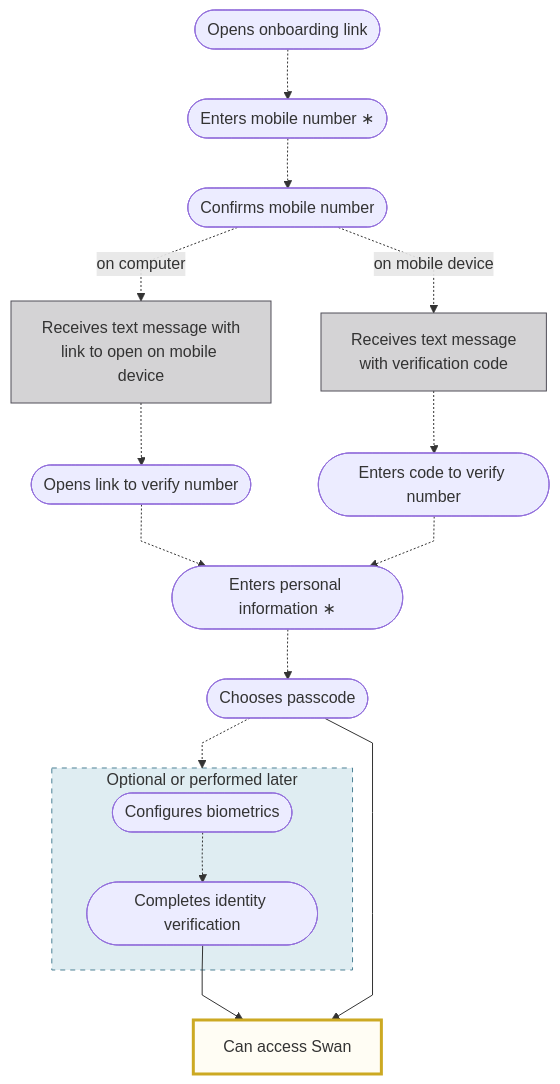
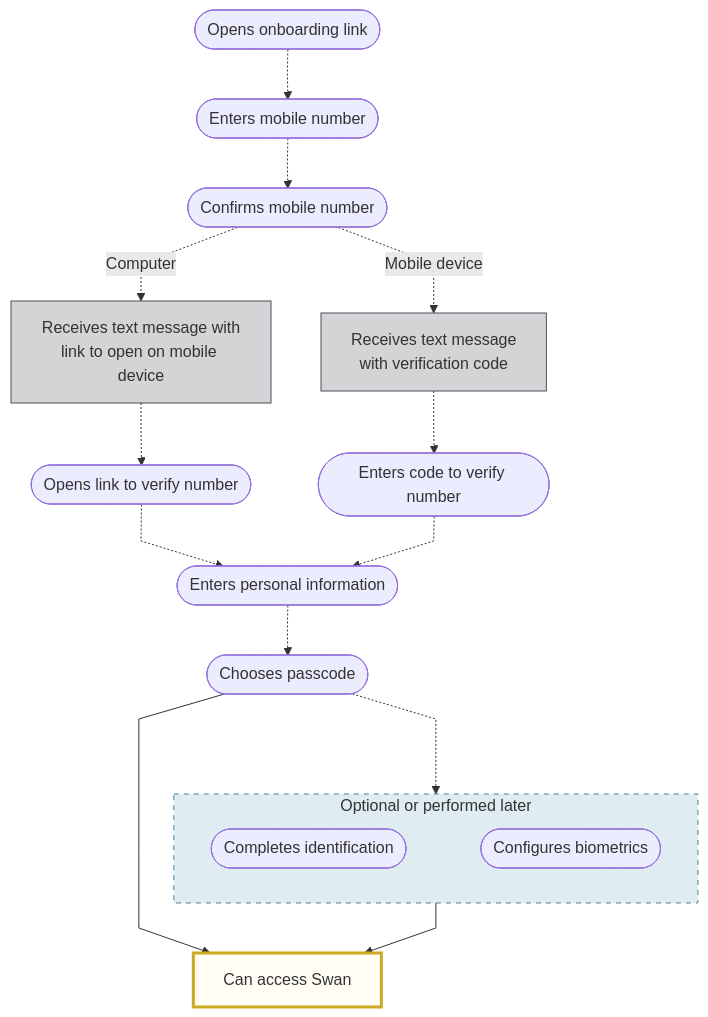
The diagram in docs/topics/users/index.mdx (swan-io/docs), drawn with Mermaid before and after one commit. The commit also changed other lines of this file and 21 other files, not shown here.

````diff
--- a/docs/topics/users/index.mdx
+++ b/docs/topics/users/index.mdx
@@ -53,26 +45,24 @@
 ```mermaid
 %%{ init: { 'flowchart': { 'curve': 'linear' } } }%%
 flowchart TB
-    OOL([Opens onboarding link]) -.-> M([Enters mobile number ∗])
+    OOL([Opens onboarding link]) -.-> M([Enters mobile number])
     M -.-> C([Confirms mobile number])
-    C -.on computer.-> CO[Receives text message with<br />link to open on mobile device]
-    C -.on mobile device.-> MD[Receives text message<br />with verification code]
+    C -.Computer.-> CO[Receives text message with<br />link to open on mobile device]
+    C -.Mobile device.-> MD[Receives text message<br />with verification code]
     CO -.-> CO2([Opens link to verify number])
     MD -.-> MD2([Enters code to verify number])
-    CO2 -.-> PI([Enters personal information ∗])
+    CO2 -.-> PI([Enters personal information])
     MD2 -.-> PI
     PI -.-> P([Chooses passcode])
     P -.-> O
-    B([Configures biometrics])
-    B -.-> IV([Completes identity verification])
-    IV --> S[Can access Swan]
+    O --> S[Can access Swan]
     P ----> S
     subgraph O[Optional or performed later]
-        B
-        IV
+        direction LR
+        IV([Completes identification]) ~~~ B([Configures biometrics])
     end
     style CO fill:#D4D3D5,stroke:#514F59
     style MD fill:#D4D3D5,stroke:#514F59
     style S fill:#fffdf4,stroke:#cca922,stroke-width:3px
     style O fill:#dfedf2,stroke:#4d8296,stroke-dasharray: 5 5
 ```
````
